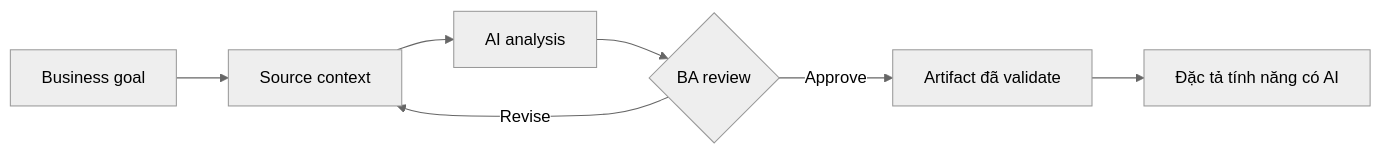
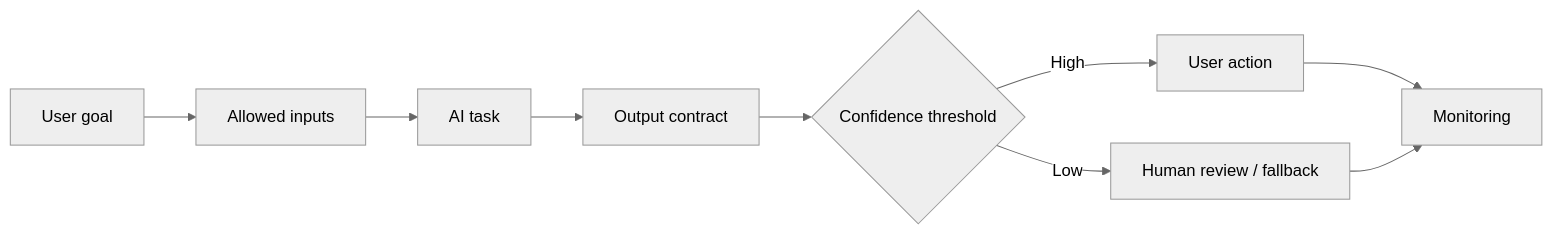
Before and after one commit to anhtnt90dev/ai-for-ba: the diagram in docs/vi/lessons/specifying-ai-enabled-features/index.md, drawn with Mermaid (neutral theme). The commit also changed other lines of this file and 64 other files, not shown here.

````diff
--- a/docs/vi/lessons/specifying-ai-enabled-features/index.md
+++ b/docs/vi/lessons/specifying-ai-enabled-features/index.md
@@ -39,9 +38,11 @@
 ```mermaid
 flowchart LR
-    A["Business goal"] --> B["Source context"]
-    B --> C["AI analysis"]
-    C --> D{"BA review"}
-    D -->|"Revise"| B
-    D -->|"Approve"| E["Artifact đã validate"]
-    E --> F["Đặc tả tính năng có AI"]
+    A["User goal"] --> B["Allowed inputs"]
+    B --> C["AI task"]
+    C --> D["Output contract"]
+    D --> E{"Confidence threshold"}
+    E -->|High| F["User action"]
+    E -->|Low| G["Human review / fallback"]
+    F --> H["Monitoring"]
+    G --> H
 ```
````
